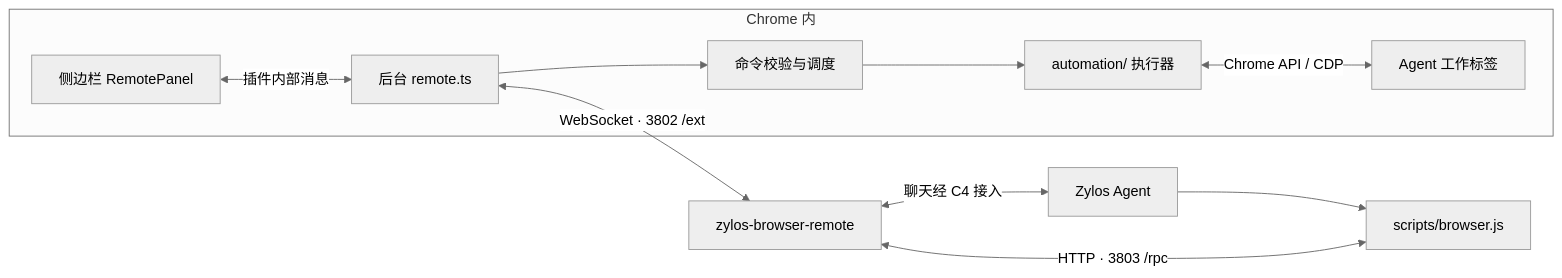
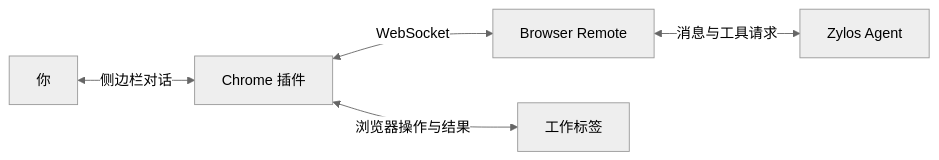
Before and after one commit to zylos-ai/zylos-browser-extension: the diagram in README.md, drawn with Mermaid (neutral theme). The commit also changed other lines of this file and 16 other files, not shown here.

First line of the commit message:
feat: expose extension-owned browser tools and guides

````diff
--- a/README.md
+++ b/README.md
@@ -98,13 +137,7 @@
 ```mermaid
 flowchart LR
-  subgraph Browser["Chrome 内"]
-    Sidebar["侧边栏 RemotePanel"] <-->|"插件内部消息"| Background["后台 remote.ts"]
-    Background --> Commands["命令校验与调度"]
-    Commands --> Executor["automation/ 执行器"]
-    Executor <-->|"Chrome API / CDP"| Page["Agent 工作标签"]
-  end
-  Background <-->|"WebSocket · 3802 /ext"| Relay["zylos-browser-remote"]
-  Relay <-->|"聊天经 C4 接入"| Agent["Zylos Agent"]
-  Agent --> CLI["scripts/browser.js"]
-  CLI <-->|"HTTP · 3803 /rpc"| Relay
+  User["你"] <-->|"侧边栏对话"| Extension["Chrome 插件"]
+  Extension <-->|"WebSocket"| Remote["Browser Remote"]
+  Remote <-->|"消息与工具请求"| Agent["Zylos Agent"]
+  Extension <-->|"浏览器操作与结果"| Pages["工作标签"]
 ```
````
